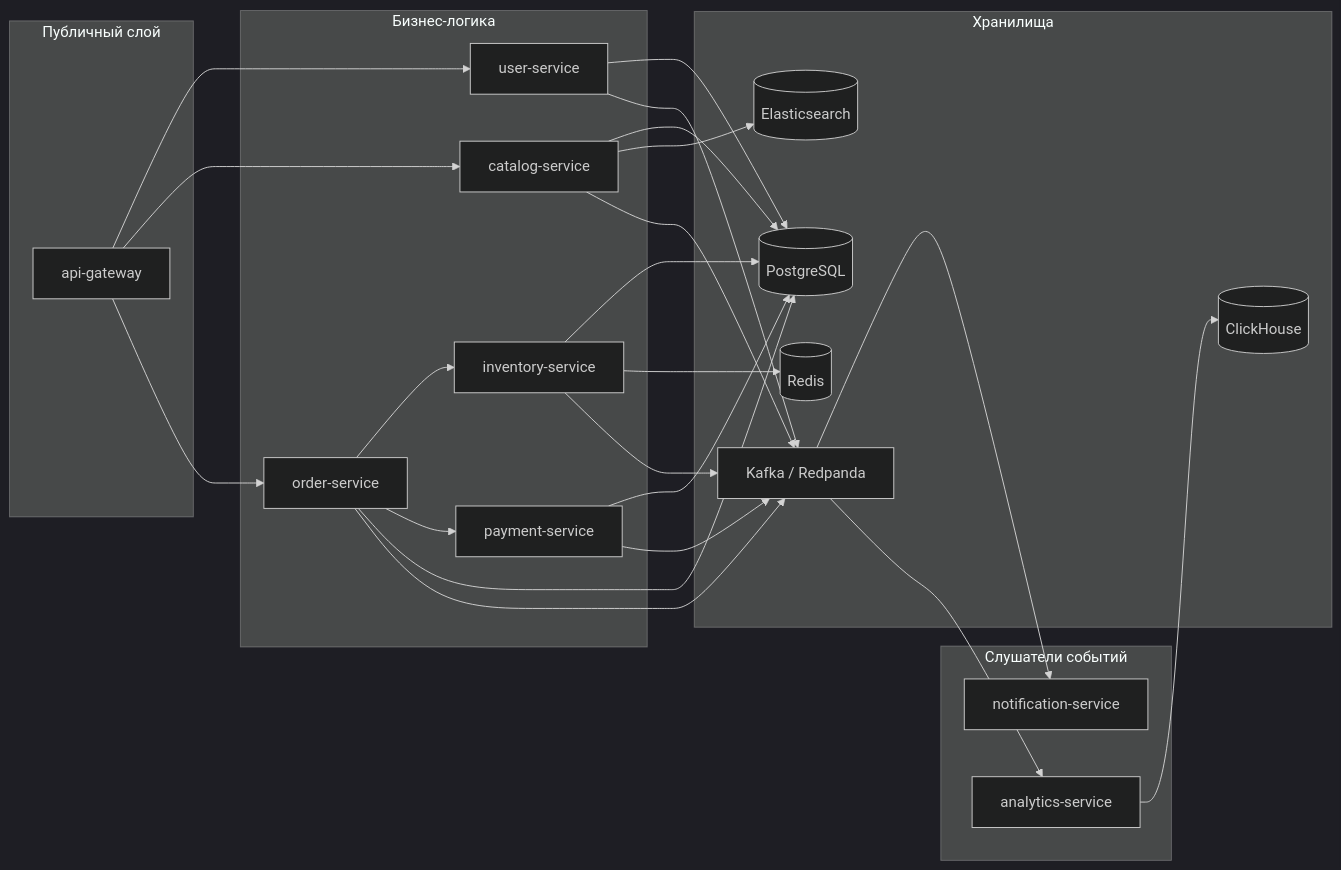
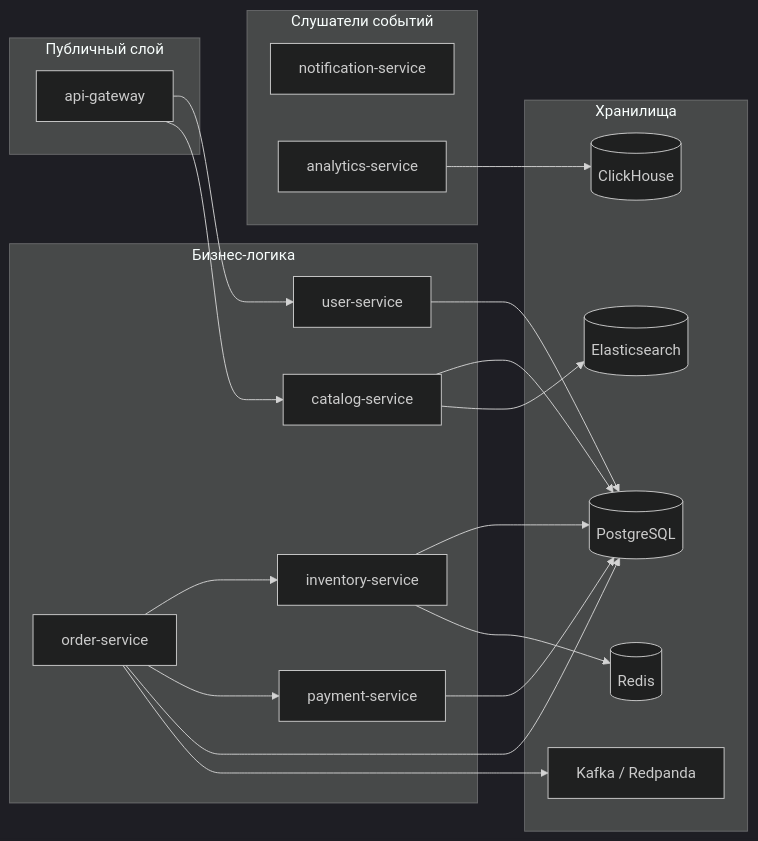
The first of 4 diagrams in docs/ARCHITECTURE.md (ekhodzitsky/go-ozon-marketplace), drawn with Mermaid (dark theme) before and after one commit. The commit also changed other lines of this file and 14 other files, not shown here.

````diff
--- a/docs/ARCHITECTURE.md
+++ b/docs/ARCHITECTURE.md
@@ -7,36 +7,35 @@
 ```mermaid
 graph LR
     subgraph "Публичный слой"
         AG[api-gateway]
     end
 
     subgraph "Бизнес-логика"
         US[user-service]
         CS[catalog-service]
         OS[order-service]
         IS[inventory-service]
         PS[payment-service]
     end
 
     subgraph "Слушатели событий"
         NS[notification-service]
         AS[analytics-service]
     end
 
     subgraph "Хранилища"
         PG[(PostgreSQL)]
         Redis[(Redis)]
         ES[(Elasticsearch)]
         CH[(ClickHouse)]
         Kafka[Kafka / Redpanda]
     end
 
-    AG --> US & CS & OS
+    AG --> US & CS
     OS --> IS & PS
     US & CS & OS & IS & PS --> PG
     IS --> Redis
     CS --> ES
-    OS & IS & PS & CS & US --> Kafka
-    Kafka --> NS & AS
+    OS --> Kafka
     AS --> CH
 ```
````
